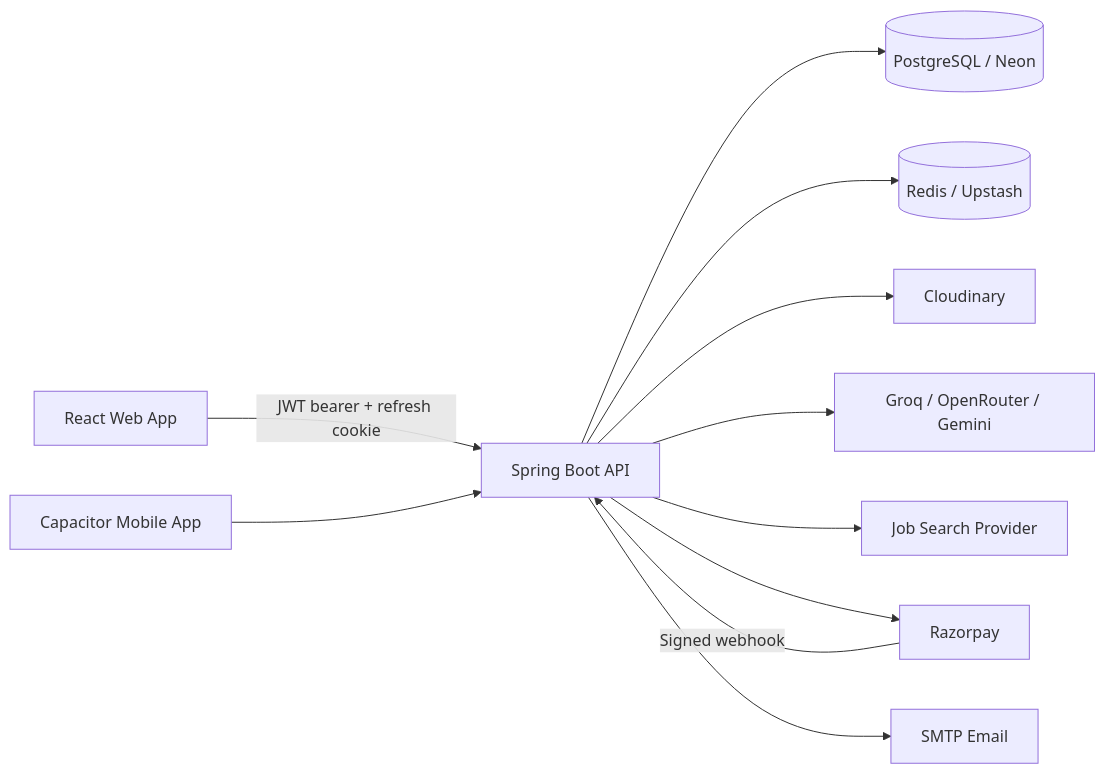
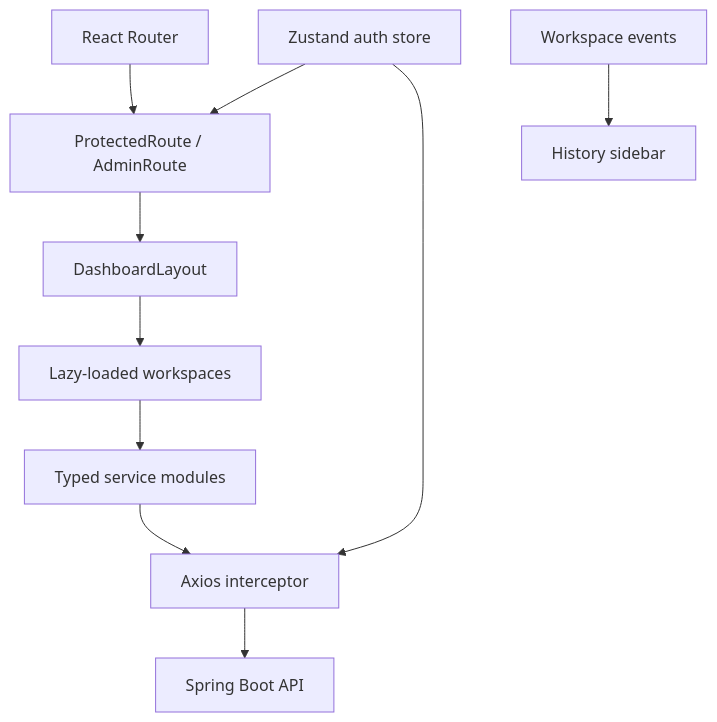
The first of 3 diagrams in README.md (prabhakarm5/carerForge-frontend), drawn with Mermaid before and after one commit. The commit also changed other lines of this file and 51 other files, not shown here.

````diff
--- a/README.md
+++ b/README.md
@@ -81,13 +18,12 @@
 ```mermaid
-flowchart LR
-  Web[React Web App] -->|JWT bearer + refresh cookie| API[Spring Boot API]
-  Mobile[Capacitor Mobile App] --> API
-  API --> PG[(PostgreSQL / Neon)]
-  API --> Redis[(Redis / Upstash)]
-  API --> Cloudinary[Cloudinary]
-  API --> AI[Groq / OpenRouter / Gemini]
-  API --> Jobs[Job Search Provider]
-  API --> Razorpay[Razorpay]
-  Razorpay -->|Signed webhook| API
-  API --> Mail[SMTP Email]
+flowchart TD
+  Router[React Router] --> Guard[ProtectedRoute / AdminRoute]
+  Guard --> Layout[DashboardLayout]
+  Layout --> Pages[Lazy-loaded workspaces]
+  Pages --> Services[Typed service modules]
+  Services --> Axios[Axios interceptor]
+  Axios --> API[Spring Boot API]
+  Store[Zustand auth store] --> Guard
+  Store --> Axios
+  Events[Workspace events] --> Sidebar[History sidebar]
 ```
````
